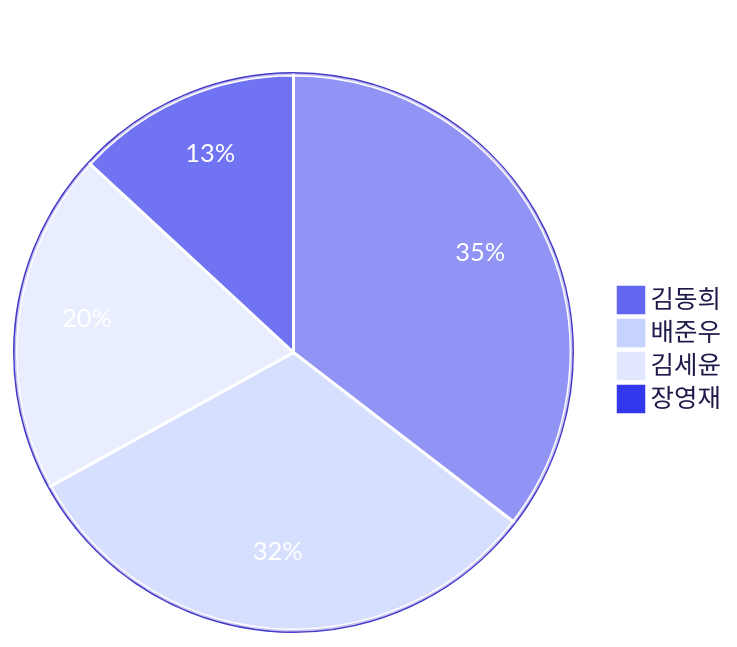
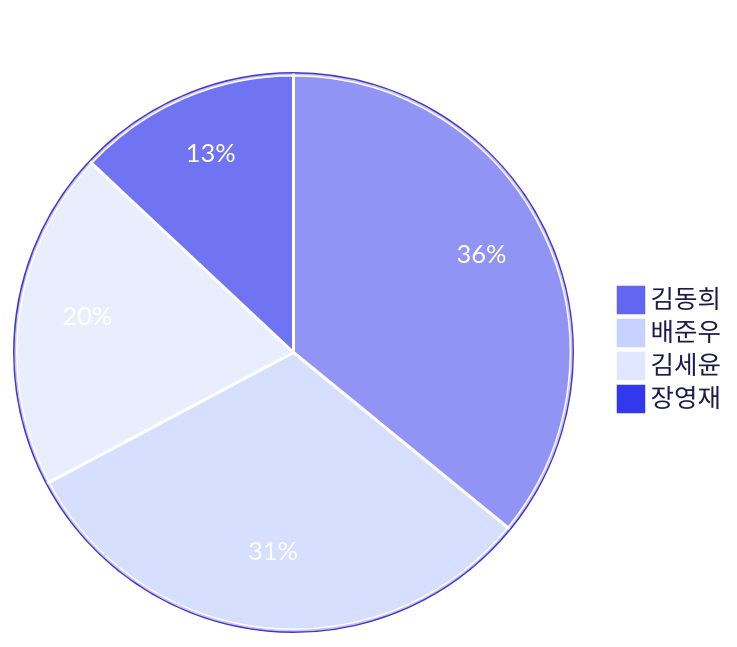
The third of 4 diagrams in README.md (3rd-project-team-1/ALYAC-market-team1), drawn with Mermaid before and after one commit. The commit also changed other lines of this file, not shown here.

Commit message:
docs: 커밋 활동 차트 자동 업데이트 [skip ci]

````diff
--- a/README.md
+++ b/README.md
@@ -430,17 +430,17 @@
 ```mermaid
 %%{init: { 'theme': 'base', 'themeVariables': {
   'primaryColor': '#6366f1',
   'primaryTextColor': '#ffffff',
   'primaryBorderColor': '#4338ca',
   'secondaryColor': '#c7d2fe',
   'tertiaryColor': '#e0e7ff',
   'pieLegendTextColor': '#1e1b4b',
   'pieStrokeColor': '#ffffff',
   'pieOuterStrokeColor': '#4338ca'
 } } }%%
 pie title 기여자별 커밋 수
-  "김동희" : 146
+  "김동희" : 149
   "배준우" : 130
   "김세윤" : 82
   "장영재" : 54
 ```
````
